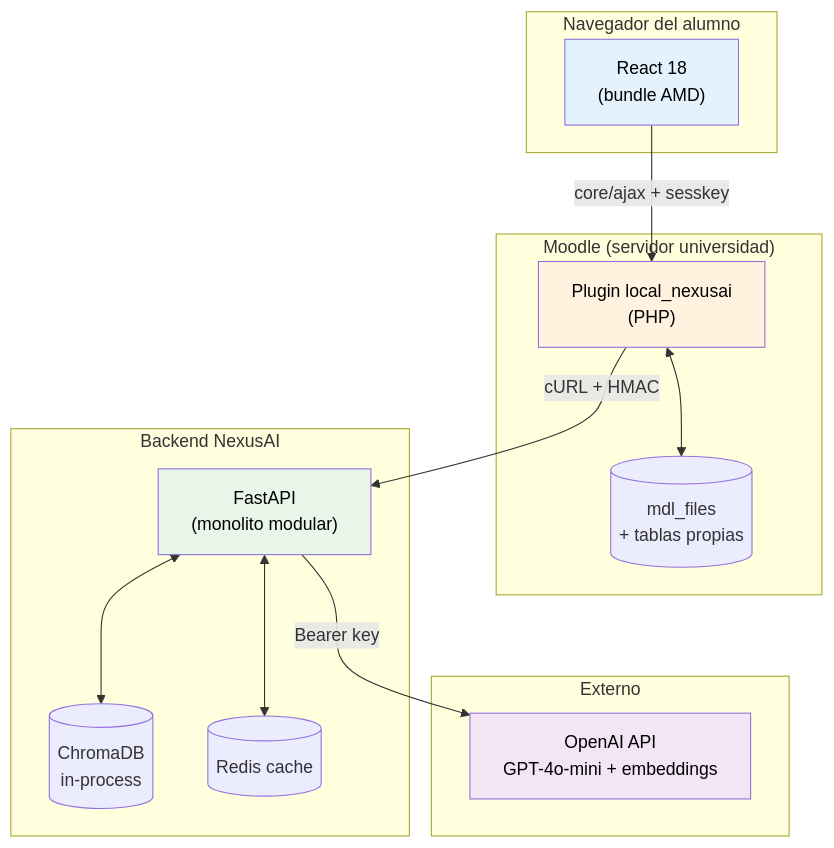
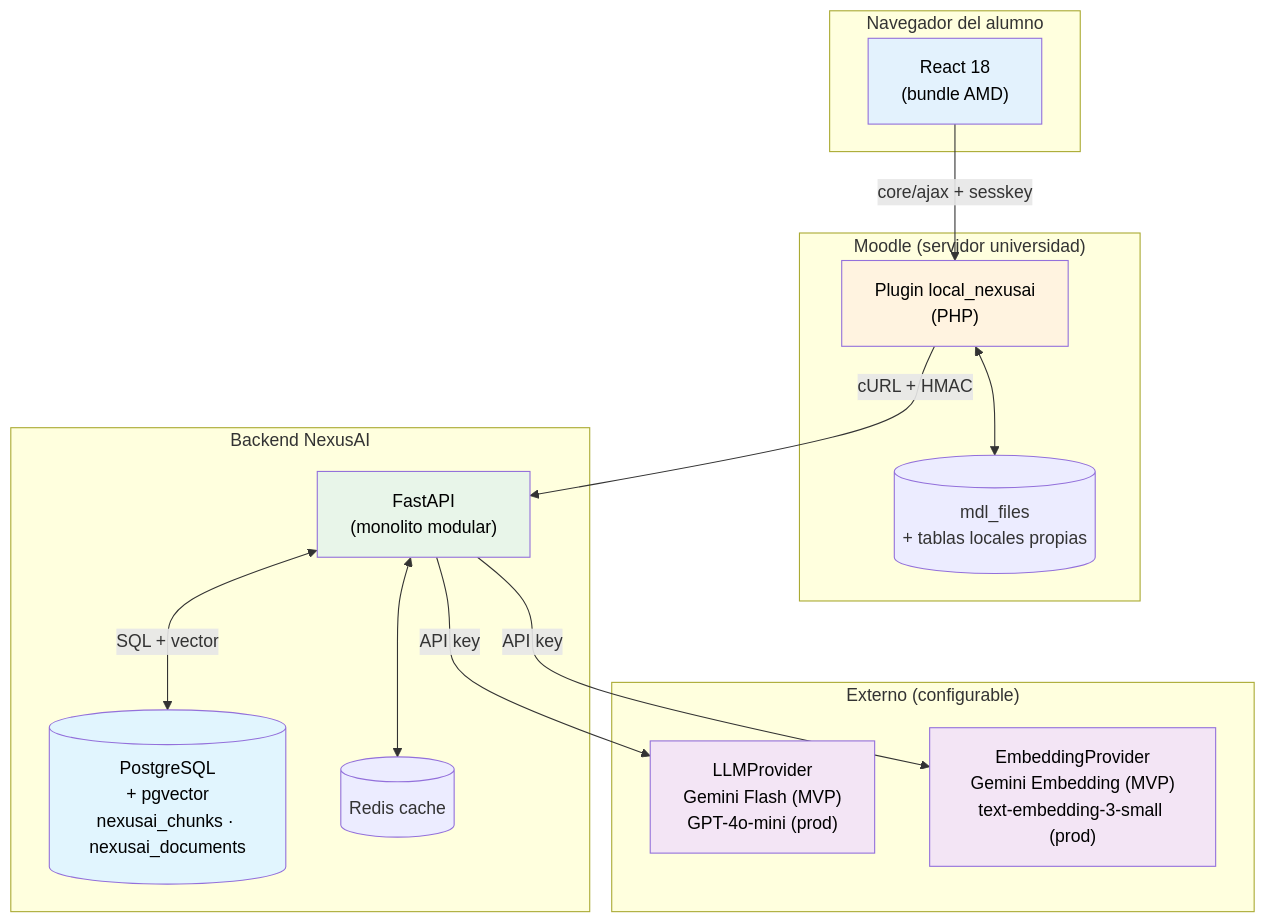
One commit to nexusai-ucc/nexusAI changed the first of 6 diagrams in NexusAI/docs/architecture.md. Above: the diagram before and after it, drawn with Mermaid. The commit also changed other lines of this file and 15 other files, not shown here.

````diff
--- a/NexusAI/docs/architecture.md
+++ b/NexusAI/docs/architecture.md
@@ -21,33 +26,37 @@
 ```mermaid
 flowchart TB
     subgraph BROWSER["Navegador del alumno"]
         REACT["React 18<br/>(bundle AMD)"]
     end
 
     subgraph MOODLE["Moodle (servidor universidad)"]
         PHP["Plugin local_nexusai<br/>(PHP)"]
-        MFILES[("mdl_files<br/>+ tablas propias")]
+        MFILES[("mdl_files<br/>+ tablas locales propias")]
     end
 
     subgraph BACKEND["Backend NexusAI"]
         FASTAPI["FastAPI<br/>(monolito modular)"]
-        CHROMA[("ChromaDB<br/>in-process")]
+        PG[("PostgreSQL<br/>+ pgvector<br/>nexusai_chunks · nexusai_documents")]
         REDIS[(Redis cache)]
     end
 
-    subgraph EXTERNAL["Externo"]
-        OPENAI[OpenAI API<br/>GPT-4o-mini + embeddings]
+    subgraph EXTERNAL["Externo (configurable)"]
+        LLM["LLMProvider<br/>Gemini Flash (MVP)<br/>GPT-4o-mini (prod)"]
+        EMB["EmbeddingProvider<br/>Gemini Embedding (MVP)<br/>text-embedding-3-small (prod)"]
     end
 
     REACT -->|core/ajax + sesskey| PHP
     PHP -->|cURL + HMAC| FASTAPI
     PHP <--> MFILES
-    FASTAPI <--> CHROMA
+    FASTAPI <-->|SQL + vector| PG
     FASTAPI <--> REDIS
-    FASTAPI -->|Bearer key| OPENAI
+    FASTAPI -->|API key| LLM
+    FASTAPI -->|API key| EMB
 
     style REACT fill:#e3f2fd,color:#000
     style PHP fill:#fff3e0,color:#000
     style FASTAPI fill:#e8f5e9,color:#000
-    style OPENAI fill:#f3e5f5,color:#000
+    style PG fill:#e1f5fe,color:#000
+    style LLM fill:#f3e5f5,color:#000
+    style EMB fill:#f3e5f5,color:#000
 ```
````
